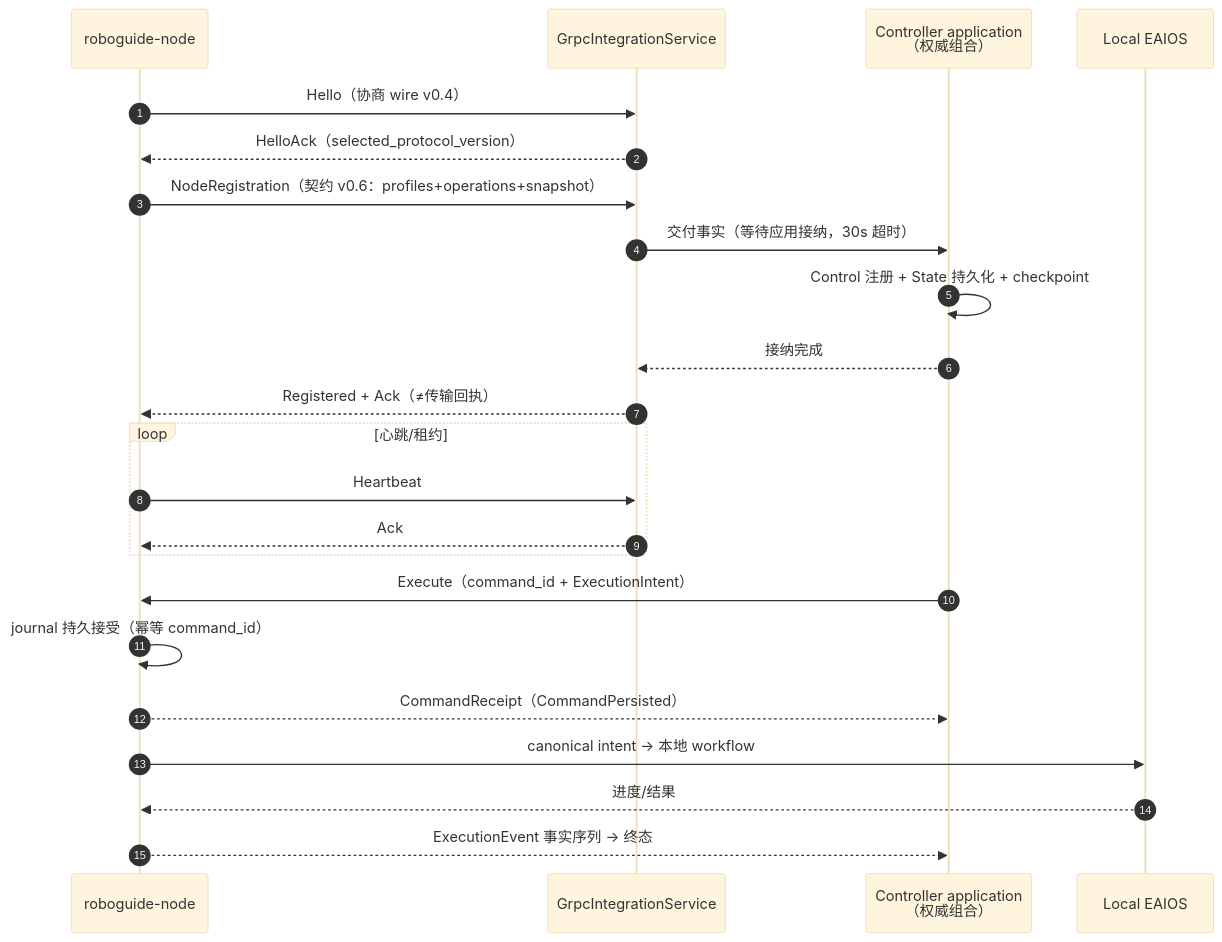
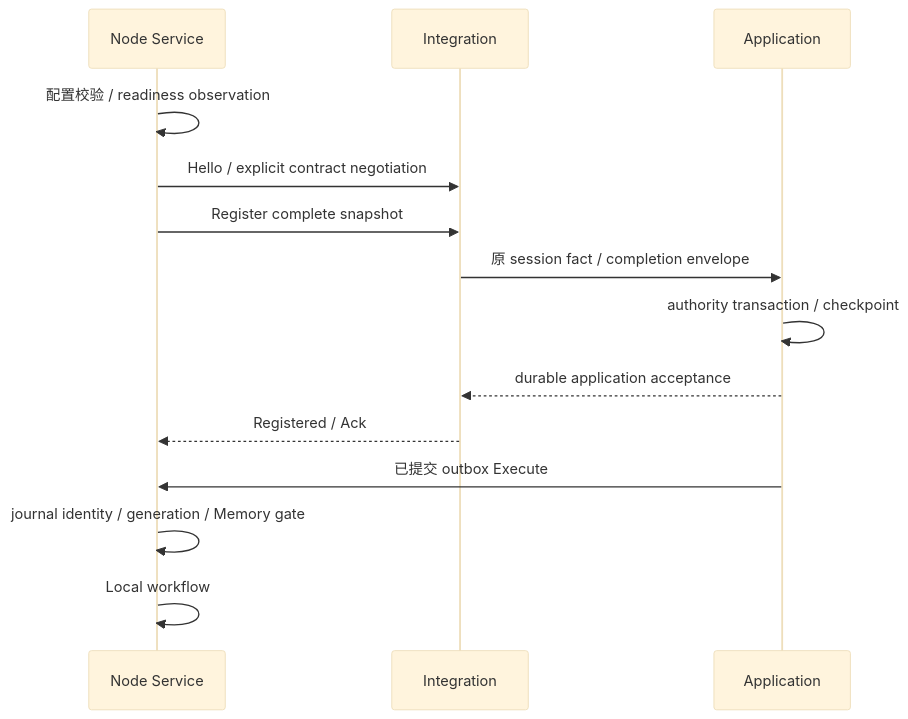
Before and after one commit to Farewell-CK/RoboGuide: the diagram in website/pages/modules/integration-node-service.md, drawn with Mermaid (base theme). The commit also changed other lines of this file and 37 other files, not shown here.

````diff
--- a/website/pages/modules/integration-node-service.md
+++ b/website/pages/modules/integration-node-service.md
@@ -49,26 +34,16 @@
 ```mermaid
 sequenceDiagram
-    autonumber
-    participant N as roboguide-node
-    participant G as GrpcIntegrationService
-    participant A as Controller application<br/>（权威组合）
-    participant E as Local EAIOS
-
-    N->>G: Hello（协商 wire v0.4）
-    G-->>N: HelloAck（selected_protocol_version）
-    N->>G: NodeRegistration（契约 v0.6：profiles+operations+snapshot）
-    G->>A: 交付事实（等待应用接纳，30s 超时）
-    A->>A: Control 注册 + State 持久化 + checkpoint
-    A-->>G: 接纳完成
-    G-->>N: Registered + Ack（≠传输回执）
-    loop 心跳/租约
-        N->>G: Heartbeat
-        G-->>N: Ack
-    end
-    A->>N: Execute（command_id + ExecutionIntent）
-    N->>N: journal 持久接受（幂等 command_id）
-    N-->>A: CommandReceipt（CommandPersisted）
-    N->>E: canonical intent → 本地 workflow
-    E-->>N: 进度/结果
-    N-->>A: ExecutionEvent 事实序列 → 终态
+  participant N as Node Service
+  participant I as Integration
+  participant A as Application
+  N->>N: 配置校验 / readiness observation
+  N->>I: Hello / explicit contract negotiation
+  N->>I: Register complete snapshot
+  I->>A: 原 session fact / completion envelope
+  A->>A: authority transaction / checkpoint
+  A-->>I: durable application acceptance
+  I-->>N: Registered / Ack
+  A->>N: 已提交 outbox Execute
+  N->>N: journal identity / generation / Memory gate
+  N->>N: Local workflow
 ```
````
